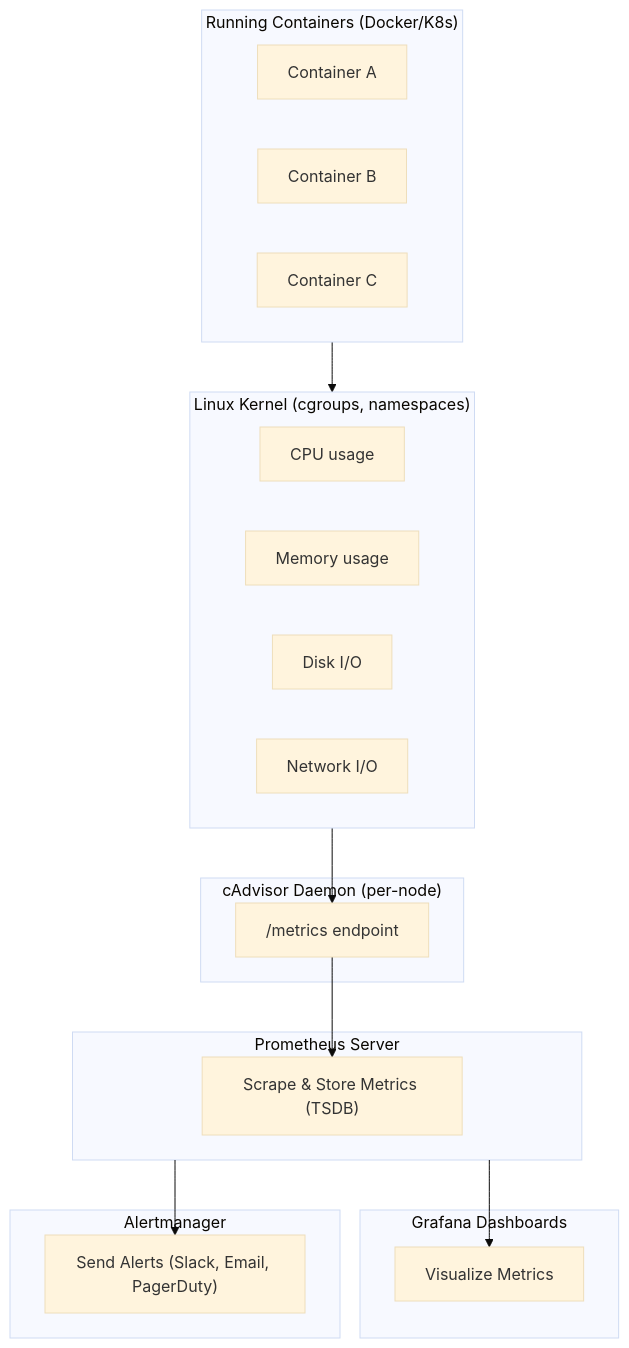
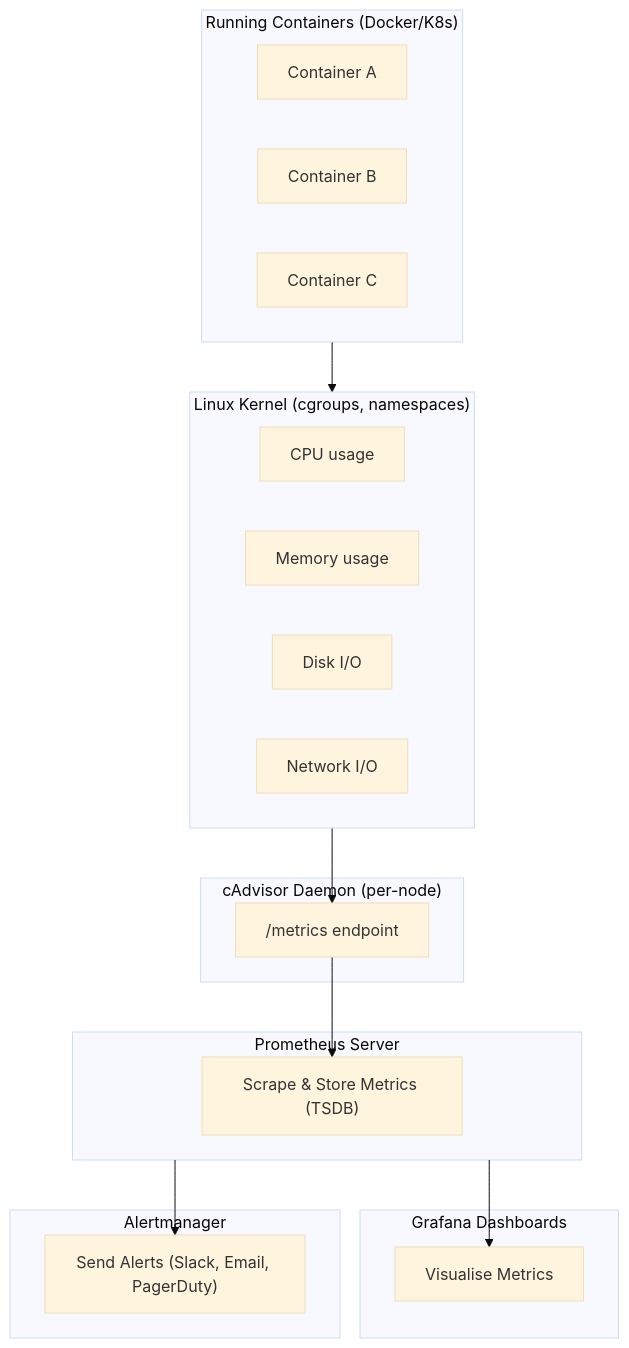
One commit to sean-njela/k8s_monitoring changed the second of 3 diagrams in docs/2-project/cadvisor.md. Above: the diagram before and after it, drawn with Mermaid (base theme). The commit also changed other lines of this file and 23 other files, not shown here.

````diff
--- a/docs/2-project/cadvisor.md
+++ b/docs/2-project/cadvisor.md
@@ -115,42 +112,42 @@
 ```mermaid
 flowchart TD
 
     subgraph Containers["Running Containers (Docker/K8s)"]
         C1["Container A"]
         C2["Container B"]
         C3["Container C"]
     end
 
     subgraph Kernel["Linux Kernel (cgroups, namespaces)"]
         M1["CPU usage"]
         M2["Memory usage"]
         M3["Disk I/O"]
         M4["Network I/O"]
     end
 
     Containers --> Kernel
 
     subgraph cAdvisor["cAdvisor Daemon (per-node)"]
         Cad["/metrics endpoint"]
     end
 
     Kernel --> Cad
 
     subgraph Prometheus["Prometheus Server"]
         P["Scrape & Store Metrics (TSDB)"]
     end
 
     Cad --> P
 
     subgraph Grafana["Grafana Dashboards"]
-        G["Visualize Metrics"]
+        G["Visualise Metrics"]
     end
 
     Prometheus --> G
 
     subgraph Alertmanager["Alertmanager"]
         A["Send Alerts (Slack, Email, PagerDuty)"]
     end
 
     Prometheus --> A
 ```
````
